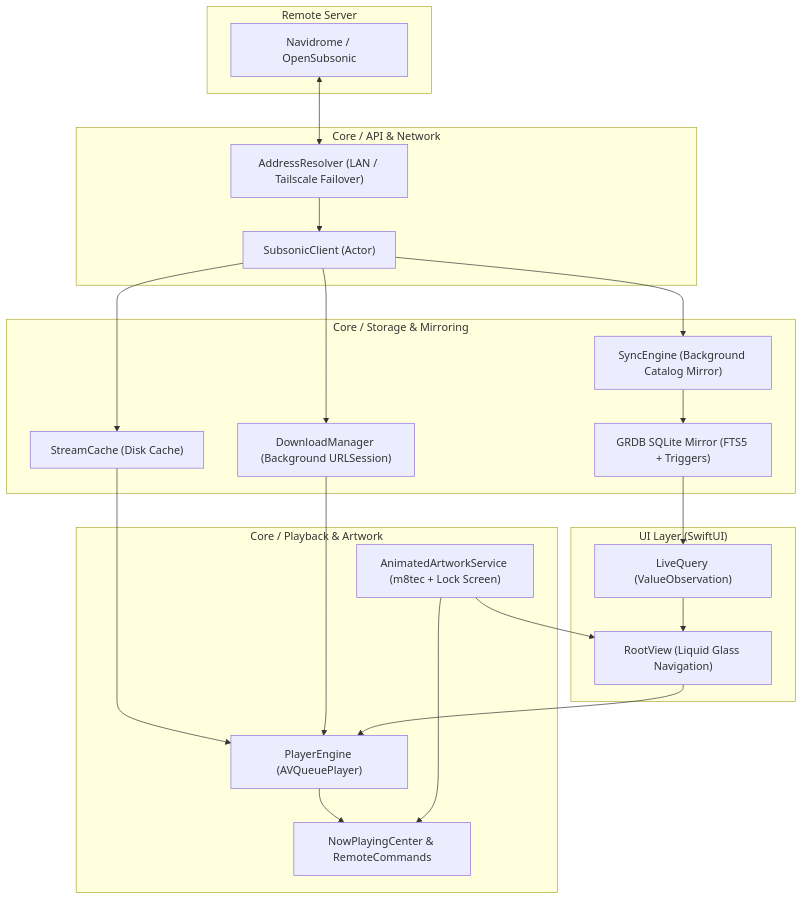
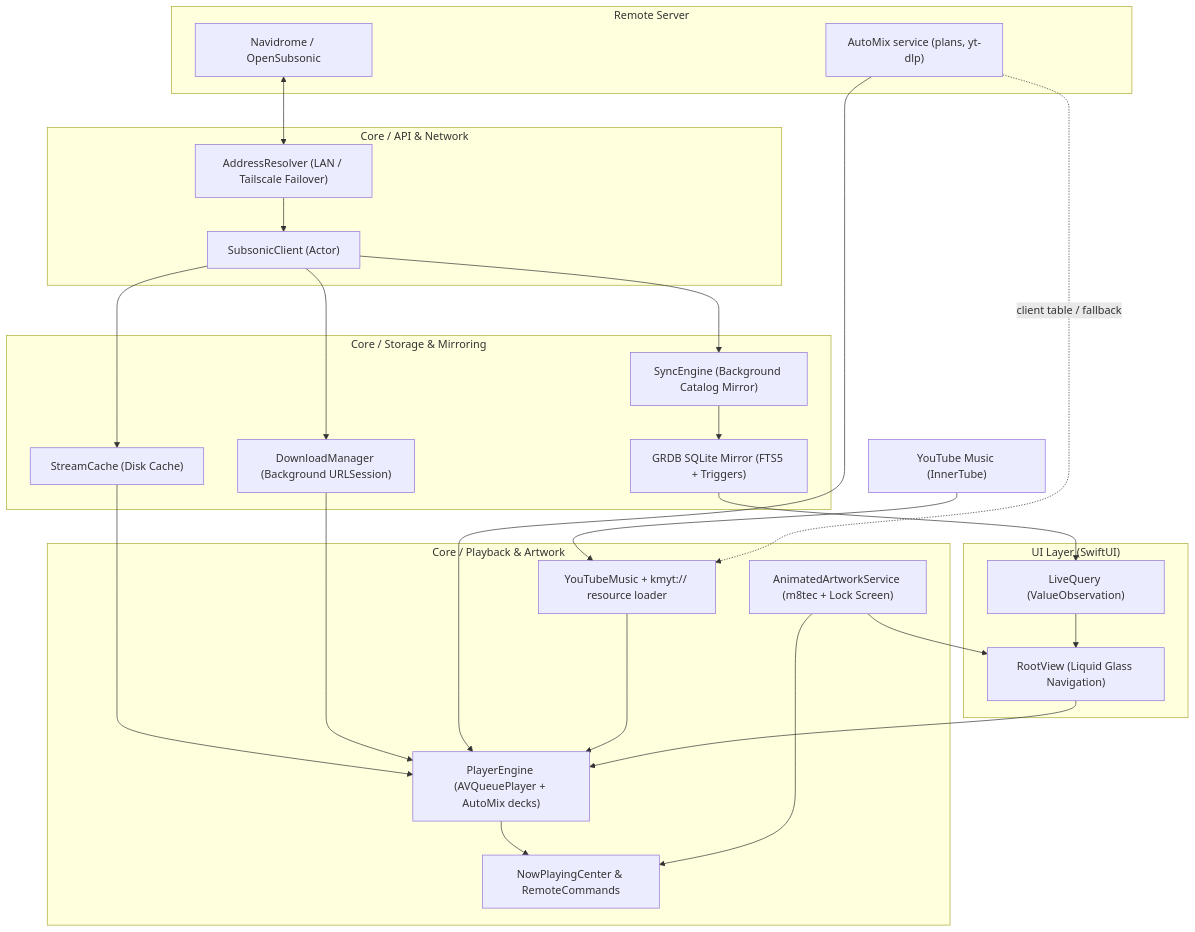
The diagram in README.md (KNIGHTABDO/knight-music), drawn with Mermaid before and after one commit. The commit also changed other lines of this file, not shown here.

First line of the commit message:
README: v0.6 features, YouTube Music, AutoMix server, Knight, CarPlay, widgets

````diff
--- a/README.md
+++ b/README.md
@@ -81,45 +156,53 @@
 ```mermaid
 flowchart TD
     subgraph Server["Remote Server"]
         Navidrome["Navidrome / OpenSubsonic"]
+        AutoMixSrv["AutoMix service (plans, yt-dlp)"]
     end
+
+    YTM["YouTube Music (InnerTube)"]
 
     subgraph CoreAPI["Core / API & Network"]
         Resolver["AddressResolver (LAN / Tailscale Failover)"]
         Client["SubsonicClient (Actor)"]
     end
 
     subgraph CoreStorage["Core / Storage & Mirroring"]
         SyncEngine["SyncEngine (Background Catalog Mirror)"]
         GRDB["GRDB SQLite Mirror (FTS5 + Triggers)"]
         StreamCache["StreamCache (Disk Cache)"]
         Downloads["DownloadManager (Background URLSession)"]
     end
 
     subgraph CorePlayback["Core / Playback & Artwork"]
-        Engine["PlayerEngine (AVQueuePlayer)"]
+        Engine["PlayerEngine (AVQueuePlayer + AutoMix decks)"]
+        YouTube["YouTubeMusic + kmyt:// resource loader"]
         NowPlaying["NowPlayingCenter & RemoteCommands"]
         Artwork["AnimatedArtworkService (m8tec + Lock Screen)"]
     end
 
     subgraph Presentation["UI Layer (SwiftUI)"]
         LiveQuery["LiveQuery (ValueObservation)"]
         Shell["RootView (Liquid Glass Navigation)"]
     end
 
     Navidrome <--> Resolver
     Resolver --> Client
     Client --> SyncEngine
     SyncEngine --> GRDB
     GRDB --> LiveQuery
     LiveQuery --> Shell
 
     Client --> StreamCache
     Client --> Downloads
     StreamCache --> Engine
     Downloads --> Engine
+    AutoMixSrv --> Engine
+    YTM --> YouTube
+    AutoMixSrv -. "client table / fallback" .-> YouTube
+    YouTube --> Engine
     Engine --> NowPlaying
     Artwork --> NowPlaying
     Artwork --> Shell
     Shell --> Engine
 ```
````
